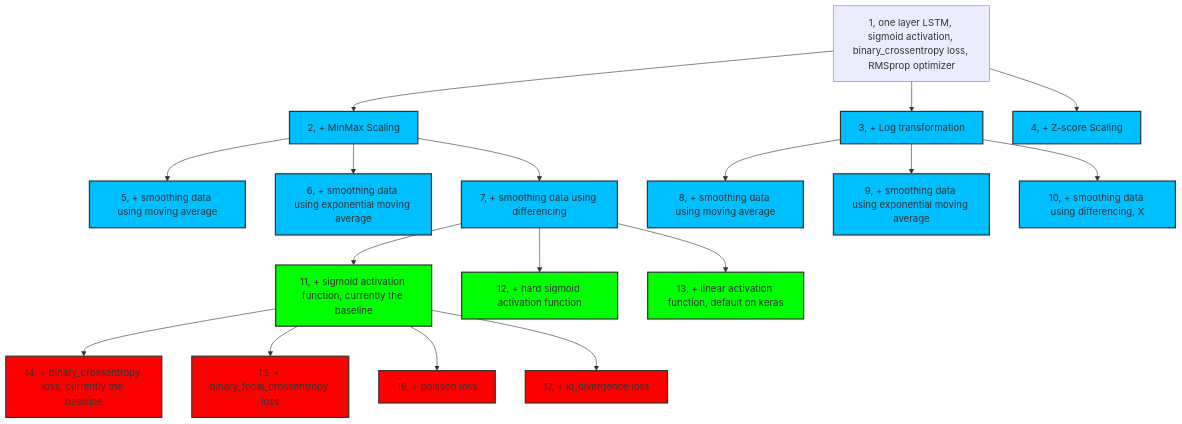
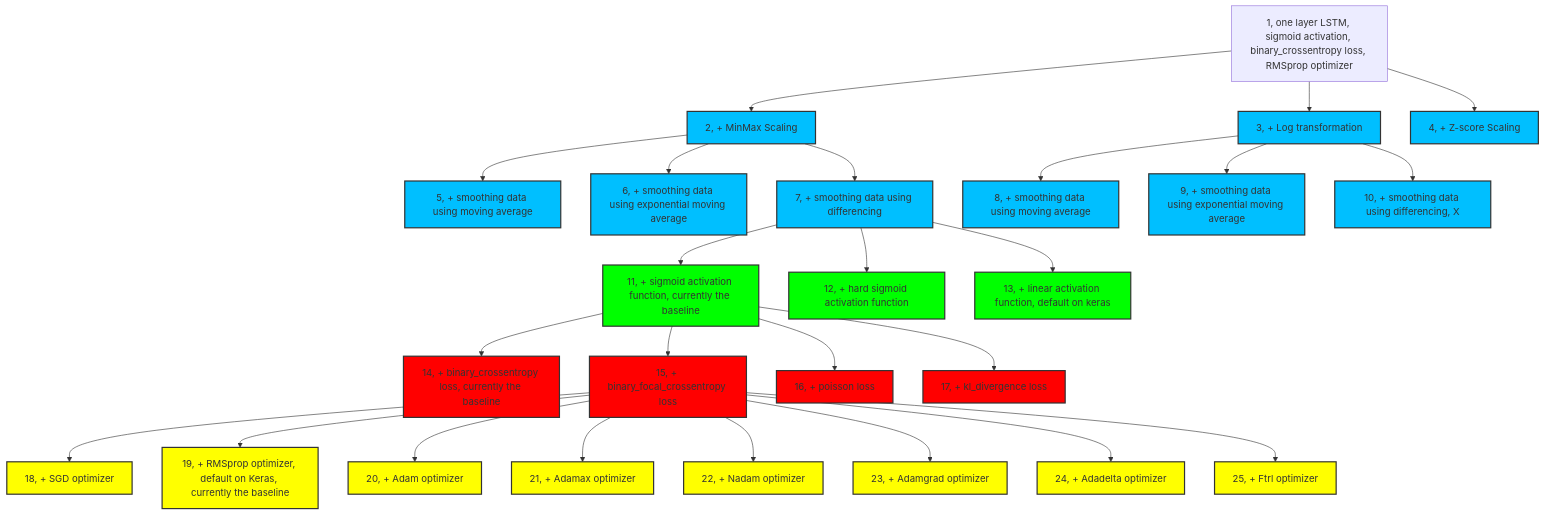
The diagram in src/models/LSTM/LSTM_classifier/experiment_hierarchy.md (zihaozeng0021/currency-exchange-rate-forecasting), drawn with Mermaid before and after one commit. The commit also changed 16 other files, not shown here.

````diff
--- a/src/models/LSTM/LSTM_classifier/experiment_hierarchy.md
+++ b/src/models/LSTM/LSTM_classifier/experiment_hierarchy.md
@@ -1,33 +1,44 @@
 ```mermaid
 graph TD
     1[1, one layer LSTM, sigmoid activation, binary_crossentropy loss, RMSprop optimizer] --> 2[2, + MinMax Scaling]
     1 --> 3[3, + Log transformation]
     1 --> 4[4, + Z-score Scaling]
     2 --> 5[5, + smoothing data using moving average]
     2 --> 6[6, + smoothing data using exponential moving average]
     2 --> 7[7, + smoothing data using differencing]
     3 --> 8[8, + smoothing data using moving average]
     3 --> 9[9, + smoothing data using exponential moving average]
     3 --> 10[10, + smoothing data using differencing, X]
     7 --> 11[11, + sigmoid activation function, currently the baseline]
     7 --> 12[12, + hard sigmoid activation function]
     7 --> 13[13, + linear activation function, default on keras]
     11 --> 14[14, + binary_crossentropy loss, currently the baseline]
     11 --> 15[15, + binary_focal_crossentropy loss]
     11 --> 16[16, + poisson loss]
     11 --> 17[17, + kl_divergence loss]
+    15 --> 18[18, + SGD optimizer]
+    15 --> 19[19, + RMSprop optimizer, default on Keras, currently the baseline]
+    15 --> 20[20, + Adam optimizer]
+    15 --> 21[21, + Adamax optimizer]
+    15 --> 22[22, + Nadam optimizer]
+    15 --> 23[23, + Adamgrad optimizer]
+    15 --> 24[24, + Adadelta optimizer]
+    15 --> 25[25, + Ftrl optimizer]
     
     
     
     
     classDef brightBlue fill:#00BFFF,stroke:#333,stroke-width:2px;
     class 2,3,4,5,6,7,8,9,10 brightBlue;
     
     classDef brightGreen fill:#00FF00,stroke:#333,stroke-width:2px;
     class 11,12,13 brightGreen;
     
     classDef brightRed fill:#FF0000,stroke:#333,stroke-width:2px;
     class 14,15,16,17 brightRed;
     
+    classDef brightYellow fill:#FFFF00,stroke:#333,stroke-width:2px;
+    class 18,19,20,21,22,23,24,25 brightYellow;
+    
     
 ```
````
